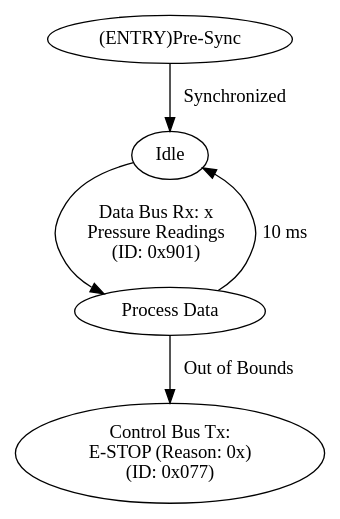
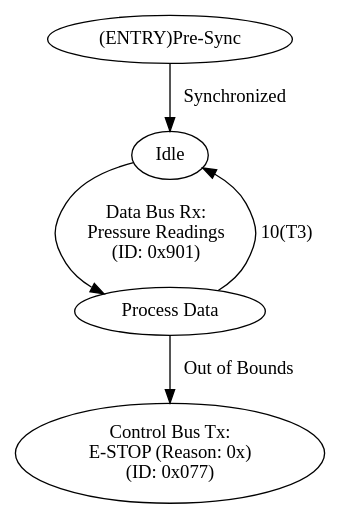
One commit to umdloop/state-machines changed the diagram in high-voltage/pressure.dot. Above: the diagram before and after it, drawn with Graphviz. The commit also changed 7 other files, not shown here.

```diff
--- a/high-voltage/pressure.dot
+++ b/high-voltage/pressure.dot
@@ -1,12 +1,12 @@
 digraph {
 S41		[label="(ENTRY)Pre-Sync"];
 S42		[label="Idle"];
 S43		[label="Process Data"];
 S44		[label="Control Bus Tx:\nE-STOP (Reason: 0x)\n(ID: 0x077)"];
 
 S41 -> S42     [label="Synchronized"];
-S42 -> S43     [label="Data Bus Rx: x\nPressure Readings\n(ID: 0x901)\n"];
+S42 -> S43     [label="Data Bus Rx: \nPressure Readings\n(ID: 0x901)\n"];
 S43 -> S44     [label="Out of Bounds"];
 
-S43 -> S42     [label="10 ms"];
+S43 -> S42     [label="10(T3)"];
 }
```
